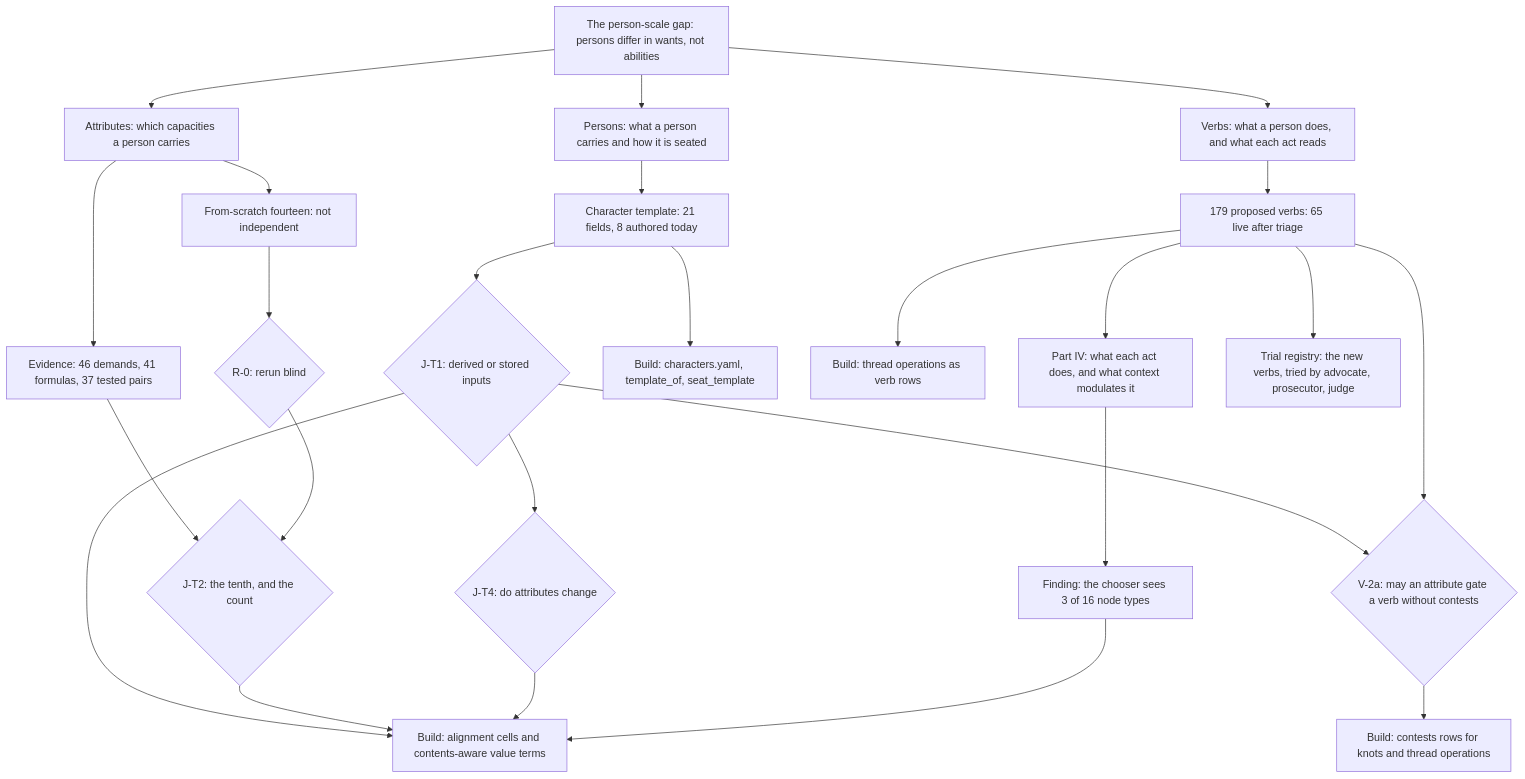
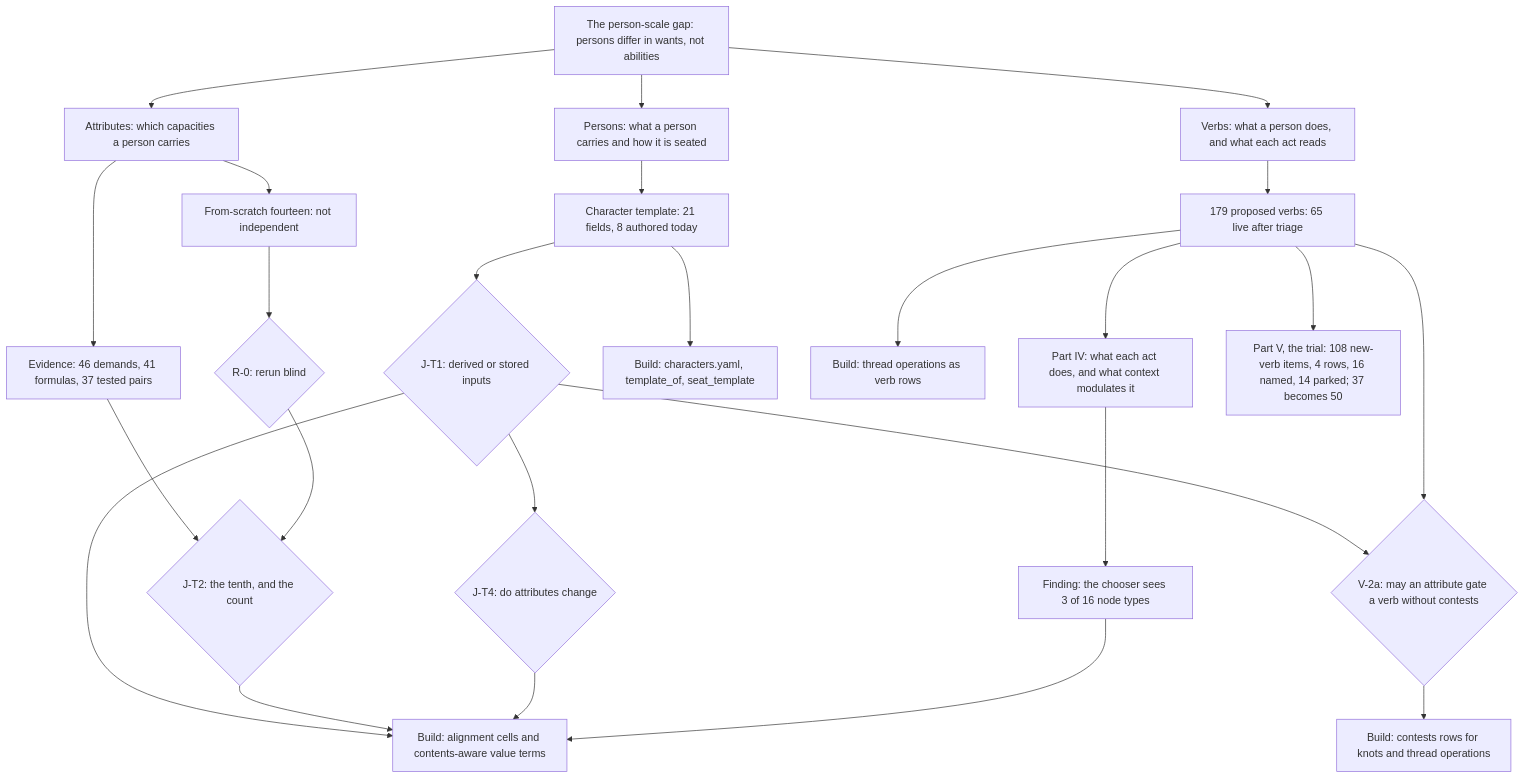
The first of 3 diagrams in proposals/2026-10-16-v2-person-troop-attribute-synthesis.md (jordanelias/ttrpg), drawn with Mermaid before and after one commit. The commit also changed other lines of this file and 7 other files, not shown here.

First line of the commit message:
[design] v2 synthesis: Part V, the adversarial trial of the new verbs

````diff
--- a/proposals/2026-10-16-v2-person-troop-attribute-synthesis.md
+++ b/proposals/2026-10-16-v2-person-troop-attribute-synthesis.md
@@ -51,28 +59,28 @@
 ```mermaid
 flowchart TD
     GAP["The person-scale gap: persons differ in wants, not abilities"]
     GAP --> P["Persons: what a person carries and how it is seated"]
     GAP --> A["Attributes: which capacities a person carries"]
     GAP --> V["Verbs: what a person does, and what each act reads"]
     P --> T["Character template: 21 fields, 8 authored today"]
     A --> E["Evidence: 46 demands, 41 formulas, 37 tested pairs"]
     A --> FS["From-scratch fourteen: not independent"]
     V --> VT["179 proposed verbs: 65 live after triage"]
     T --> JT1{"J-T1: derived or stored inputs"}
     E --> JT2{"J-T2: the tenth, and the count"}
     FS --> R0{"R-0: rerun blind"}
     R0 --> JT2
     JT1 --> JT4{"J-T4: do attributes change"}
     JT1 --> V2A{"V-2a: may an attribute gate a verb without contests"}
     VT --> V2A
     T --> B1["Build: characters.yaml, template_of, seat_template"]
     JT1 --> B5["Build: Person.attributes with its first readers"]
     JT2 --> B5
     JT4 --> B5
     V2A --> B7["Build: contests rows for knots and thread operations"]
     VT --> B8["Build: thread operations as verb rows"]
     VT --> CTX["Part IV: what each act does, and what context modulates it"]
     CTX --> CHS["Finding: the chooser sees 3 of 16 node types"]
     CHS --> B5["Build: alignment cells and contents-aware value terms"]
-    VT --> TR["Trial registry: the new verbs, tried by advocate, prosecutor, judge"]
+    VT --> TR["Part V, the trial: 108 new-verb items, 4 rows, 16 named, 14 parked; 37 becomes 50"]
 ```
````
